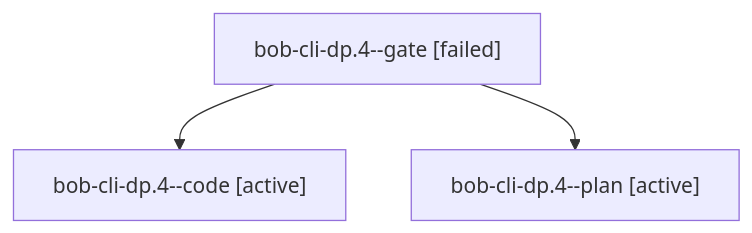
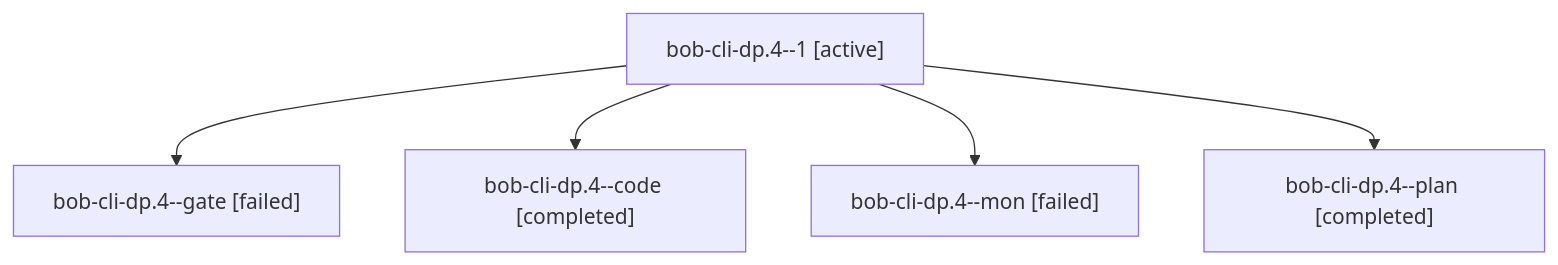
Before and after one commit to bobs-org/bob-cli--agents: the diagram in sessions/bbugyi200.athena.bob-cli-dp.4.md, drawn with Mermaid. The commit also changed other lines of this file and 40 other files, not shown here.

````diff
--- a/sessions/bbugyi200.athena.bob-cli-dp.4.md
+++ b/sessions/bbugyi200.athena.bob-cli-dp.4.md
@@ -9,8 +9,12 @@
 ```mermaid
 flowchart TD
-  n0["bob-cli-dp.4--gate [failed]"]
-  n1["bob-cli-dp.4--code [active]"]
+  n0["bob-cli-dp.4--1 [active]"]
+  n1["bob-cli-dp.4--gate [failed]"]
   n0 --> n1
-  n2["bob-cli-dp.4--plan [active]"]
+  n2["bob-cli-dp.4--code [completed]"]
   n0 --> n2
+  n3["bob-cli-dp.4--mon [failed]"]
+  n0 --> n3
+  n4["bob-cli-dp.4--plan [completed]"]
+  n0 --> n4
 ```
````
